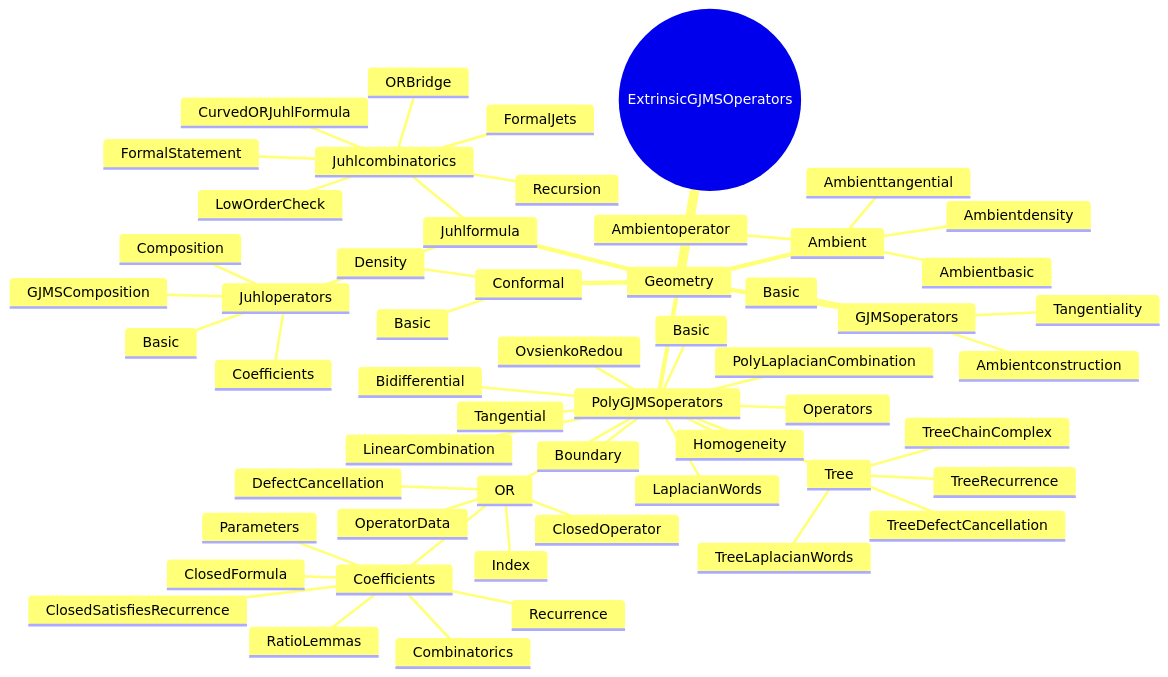
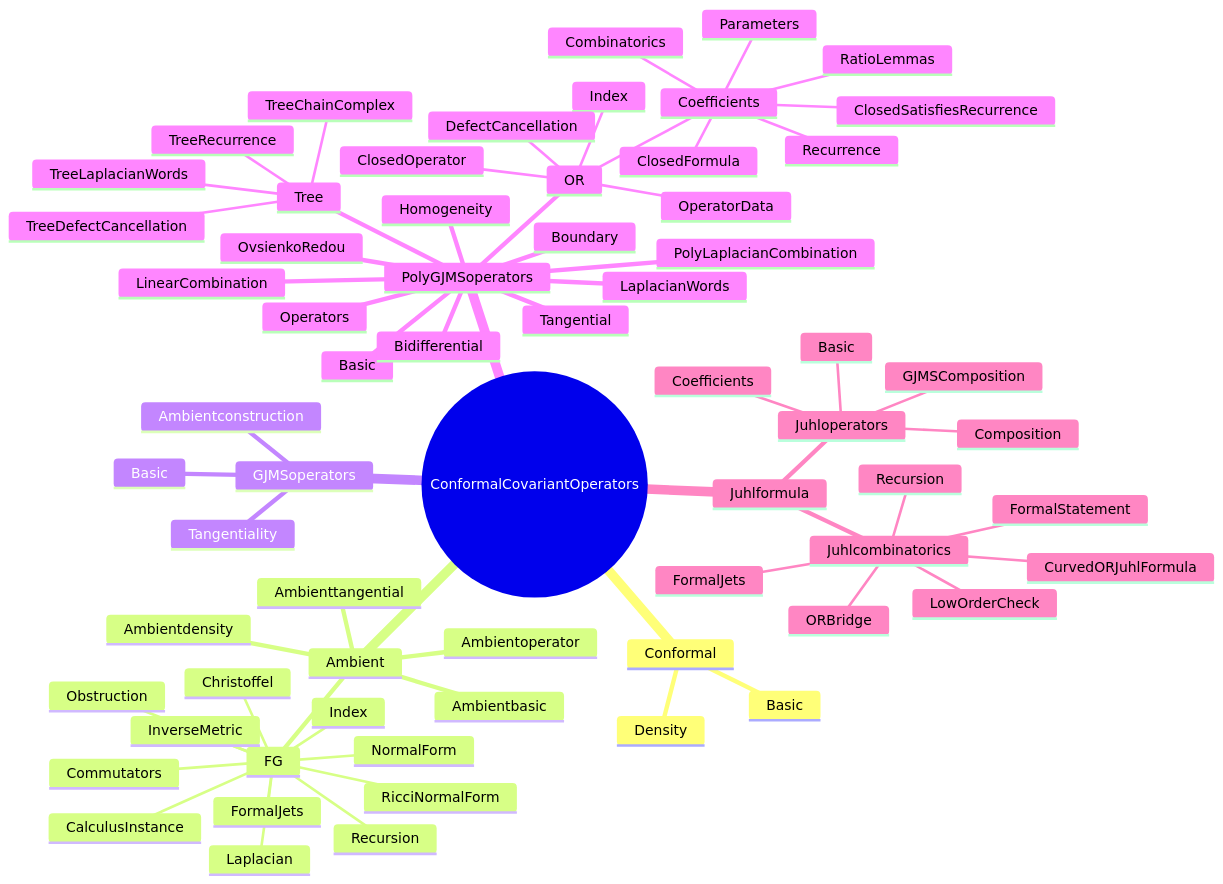
Before and after one commit to ZetianYan/ConformalCovariantOperators: the first of 3 diagrams in README.md, drawn with Mermaid. The commit also changed other lines of this file and 110 other files, not shown here.

Commit message:
Rename project and formalize FG ambient geometry

````diff
--- a/README.md
+++ b/README.md
@@ -11,58 +12,69 @@
 ```mermaid
 mindmap
-  root((ExtrinsicGJMSOperators))
-    Geometry
-      Conformal
+  root((ConformalCovariantOperators))
+    Conformal
+      Basic
+      Density
+    Ambient
+      Ambientbasic
+      Ambientdensity
+      Ambientoperator
+      Ambienttangential
+      FG
+        Index
+        NormalForm
+        InverseMetric
+        Christoffel
+        Laplacian
+        Commutators
+        CalculusInstance
+        RicciNormalForm
+        FormalJets
+        Recursion
+        Obstruction
+    GJMSoperators
+      Basic
+      Ambientconstruction
+      Tangentiality
+    PolyGJMSoperators
+      Basic
+      Homogeneity
+      Operators
+      Boundary
+      Tangential
+      Bidifferential
+      LaplacianWords
+      Tree
+        TreeLaplacianWords
+        TreeRecurrence
+        TreeDefectCancellation
+        TreeChainComplex
+      LinearCombination
+      PolyLaplacianCombination
+      OvsienkoRedou
+      OR
+        Index
+        OperatorData
+        DefectCancellation
+        ClosedOperator
+        Coefficients
+          Parameters
+          Combinatorics
+          Recurrence
+          RatioLemmas
+          ClosedFormula
+          ClosedSatisfiesRecurrence
+    Juhlformula
+      Juhloperators
         Basic
-        Density
-      Ambient
-        Ambientbasic
-        Ambientdensity
-        Ambientoperator
-        Ambienttangential
-      GJMSoperators
-        Basic
-        Ambientconstruction
-        Tangentiality
-      PolyGJMSoperators
-        Basic
-        Homogeneity
-        Operators
-        Boundary
-        Tangential
-        Bidifferential
-        LaplacianWords
-        Tree
-          TreeLaplacianWords
-          TreeRecurrence
-          TreeDefectCancellation
-          TreeChainComplex
-        LinearCombination
-        PolyLaplacianCombination
-        OvsienkoRedou
-        OR
-          Index
-          OperatorData
-          DefectCancellation
-          ClosedOperator
-          Coefficients
-            Parameters
-            Combinatorics
-            Recurrence
-            RatioLemmas
-            ClosedFormula
-            ClosedSatisfiesRecurrence
-      Juhlformula
-        Juhloperators
-          Basic
-          Composition
-          GJMSComposition
-          Coefficients
-        Juhlcombinatorics
-          FormalJets
-          Recursion
-          LowOrderCheck
-          FormalStatement
-          ORBridge
-          CurvedORJuhlFormula
+        Composition
+        GJMSComposition
+        Coefficients
+      Juhlcombinatorics
+        FormalJets
+        Recursion
+        LowOrderCheck
+        FormalStatement
+        ORBridge
+        CurvedORJuhlFormula
 ```
````
